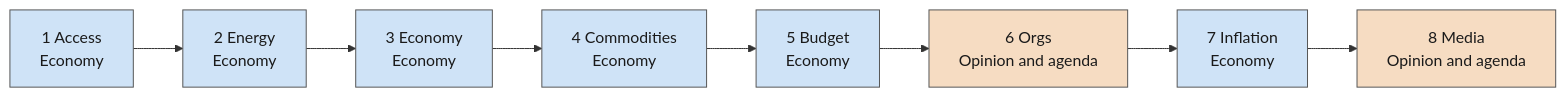
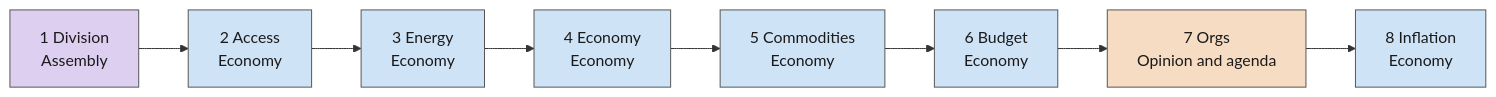
Before and after one commit to powerbassist/World-simulator: the first of 5 diagrams in docs/tick-order.md, drawn with Mermaid. The commit also changed other lines of this file and 26 other files, not shown here.

````diff
--- a/docs/tick-order.md
+++ b/docs/tick-order.md
@@ -21,18 +21,18 @@
 ```mermaid
 flowchart LR
-  s1["1 Access<br/>Economy"]:::g0
-  s2["2 Energy<br/>Economy"]:::g0
-  s3["3 Economy<br/>Economy"]:::g0
-  s4["4 Commodities<br/>Economy"]:::g0
-  s5["5 Budget<br/>Economy"]:::g0
-  s6["6 Orgs<br/>Opinion and agenda"]:::g1
-  s7["7 Inflation<br/>Economy"]:::g0
-  s8["8 Media<br/>Opinion and agenda"]:::g1
+  s1["1 Division<br/>Assembly"]:::g2
+  s2["2 Access<br/>Economy"]:::g0
+  s3["3 Energy<br/>Economy"]:::g0
+  s4["4 Economy<br/>Economy"]:::g0
+  s5["5 Commodities<br/>Economy"]:::g0
+  s6["6 Budget<br/>Economy"]:::g0
+  s7["7 Orgs<br/>Opinion and agenda"]:::g1
+  s8["8 Inflation<br/>Economy"]:::g0
   s1 --> s2 --> s3 --> s4 --> s5 --> s6 --> s7 --> s8
   classDef g0 fill:#cfe3f7,stroke:#555,color:#1a1a1a
   classDef g1 fill:#f6dcc2,stroke:#555,color:#1a1a1a
   classDef g2 fill:#dccff0,stroke:#555,color:#1a1a1a
   classDef g3 fill:#cdebd3,stroke:#555,color:#1a1a1a
   classDef g4 fill:#f3e7b5,stroke:#555,color:#1a1a1a
   classDef g5 fill:#f2cfd3,stroke:#555,color:#1a1a1a
 ```
````
